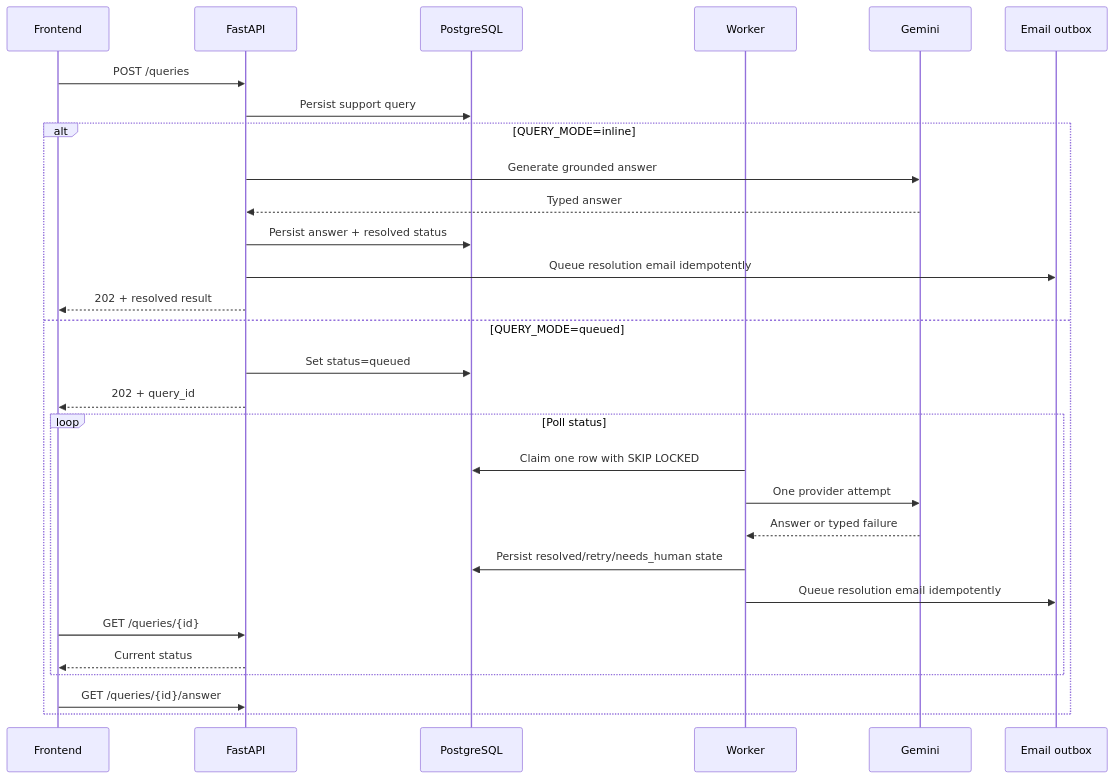
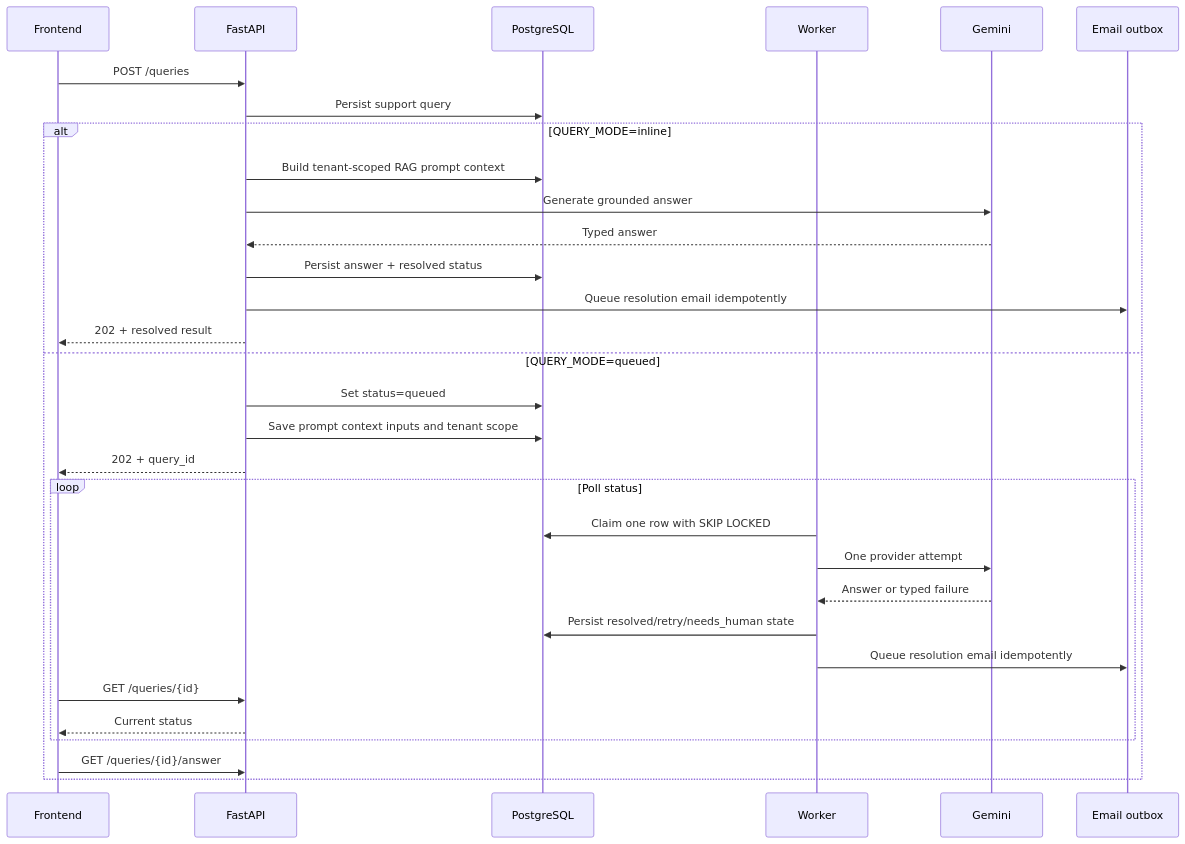
Before and after one commit to rahuldhiman18/SupportIq: the fifth of 6 diagrams in README.md, drawn with Mermaid. The commit also changed other lines of this file, not shown here.

````diff
--- a/README.md
+++ b/README.md
@@ -138,32 +208,34 @@
 ```mermaid
 sequenceDiagram
     participant F as Frontend
     participant A as FastAPI
     participant D as PostgreSQL
     participant W as Worker
     participant G as Gemini
     participant E as Email outbox
 
     F->>A: POST /queries
     A->>D: Persist support query
     alt QUERY_MODE=inline
+        A->>D: Build tenant-scoped RAG prompt context
         A->>G: Generate grounded answer
         G-->>A: Typed answer
         A->>D: Persist answer + resolved status
         A->>E: Queue resolution email idempotently
         A-->>F: 202 + resolved result
     else QUERY_MODE=queued
         A->>D: Set status=queued
+        A->>D: Save prompt context inputs and tenant scope
         A-->>F: 202 + query_id
         loop Poll status
             W->>D: Claim one row with SKIP LOCKED
             W->>G: One provider attempt
             G-->>W: Answer or typed failure
             W->>D: Persist resolved/retry/needs_human state
             W->>E: Queue resolution email idempotently
             F->>A: GET /queries/{id}
             A-->>F: Current status
         end
         F->>A: GET /queries/{id}/answer
     end
 ```
````
